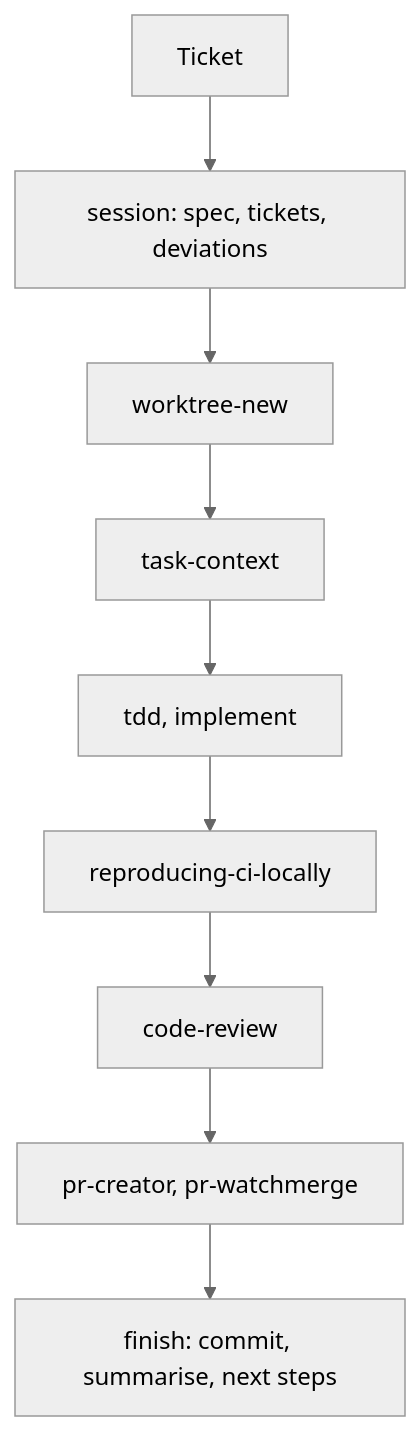
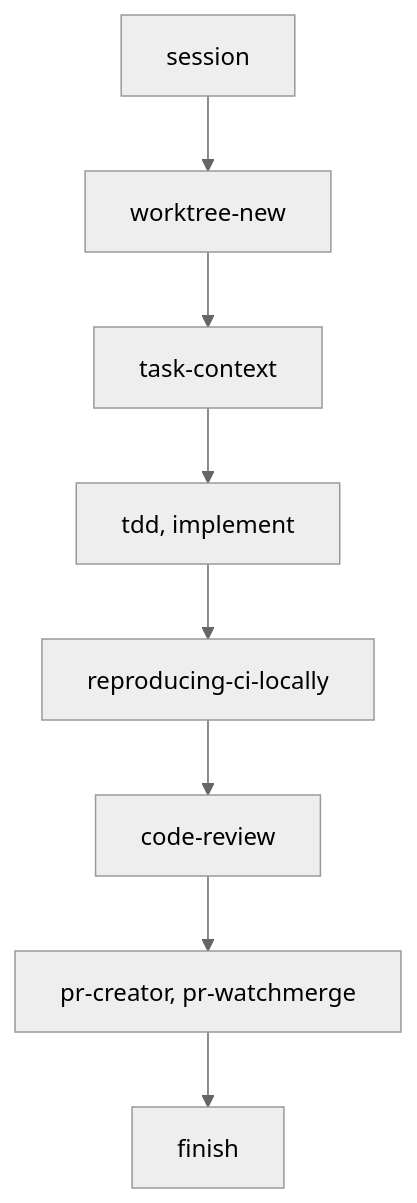
One commit to FAZuH/agent changed diagram 11 of 14 in docs/skill-guide.md. Above: the diagram before and after it, drawn with Mermaid (neutral theme). The commit also changed other lines of this file, not shown here.

First line of the commit message:
docs: make the workflow diagrams skill-only [no ci]

````diff
--- a/docs/skill-guide.md
+++ b/docs/skill-guide.md
@@ -268,11 +269,10 @@
 ```mermaid
 flowchart TD
-  T[Ticket] --> S[session: spec, tickets, deviations]
-  S --> W[worktree-new]
+  S[session] --> W[worktree-new]
   W --> X[task-context]
   X --> B[tdd, implement]
   B --> V[reproducing-ci-locally]
   V --> R[code-review]
   R --> P[pr-creator, pr-watchmerge]
-  P --> F[finish: commit, summarise, next steps]
+  P --> F[finish]
 ```
````
